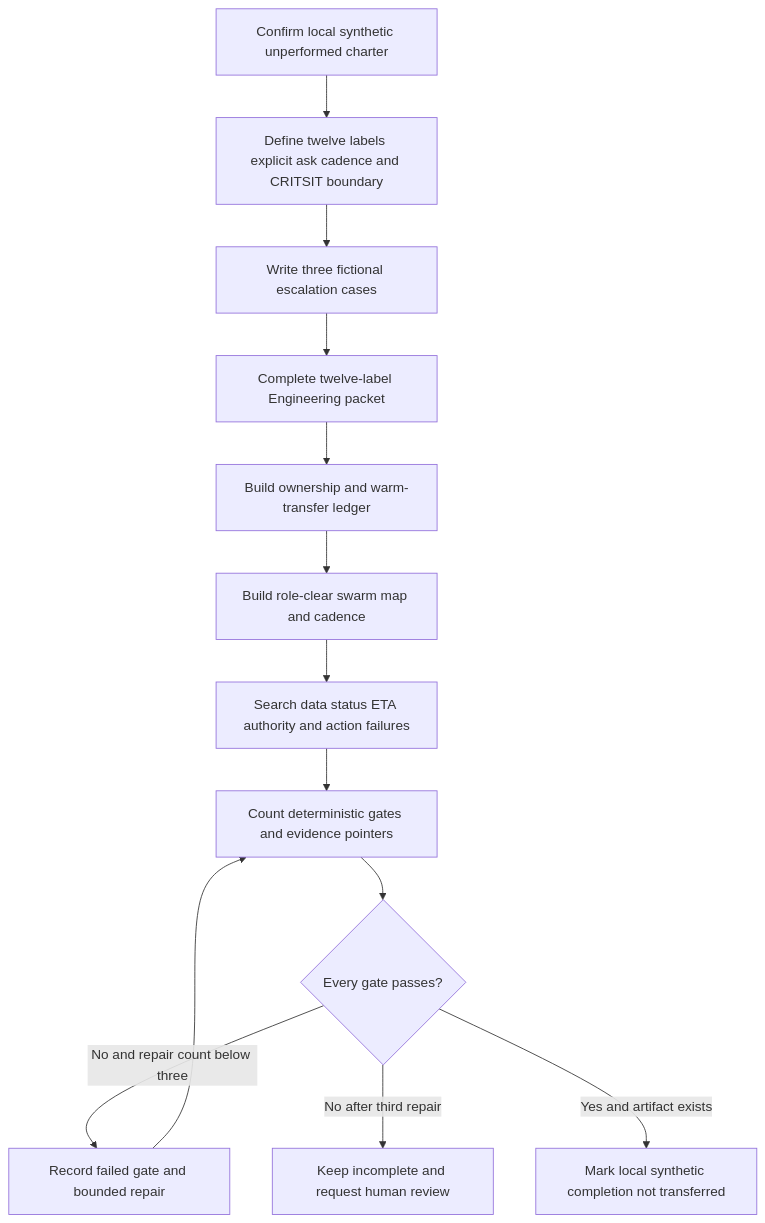
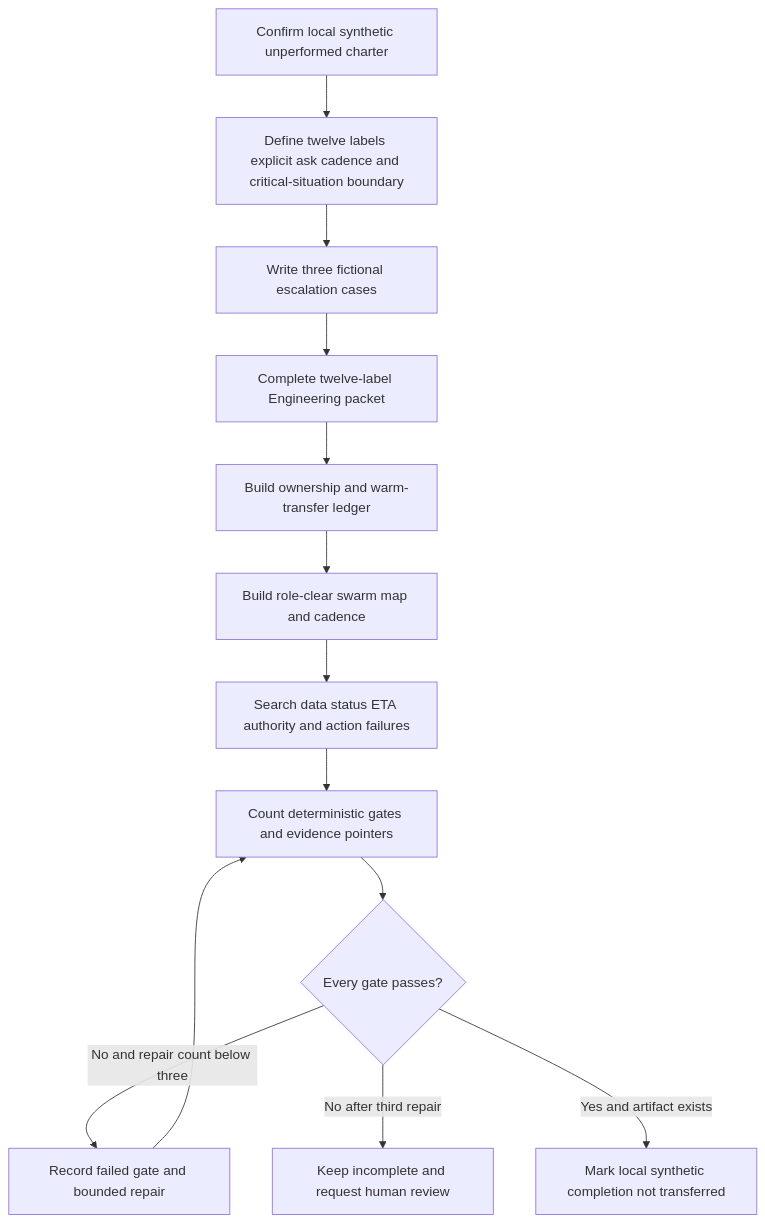
Before and after one commit to hichauhan-in/Interview-Prep: the tenth of 10 diagrams in AbnormalAI TSE/prep/Part-104-escalation-handoffs-swarming-and-critical-incidents.md, drawn with Mermaid. The commit also changed other lines of this file and 493 other files, not shown here.

````diff
--- a/AbnormalAI TSE/prep/Part-104-escalation-handoffs-swarming-and-critical-incidents.md
+++ b/AbnormalAI TSE/prep/Part-104-escalation-handoffs-swarming-and-critical-incidents.md
@@ -838,15 +838,15 @@
 ```mermaid
 flowchart TD
-    Charter["Confirm local synthetic unperformed charter"] --> Define["Define twelve labels explicit ask cadence and CRITSIT boundary"]
+    Charter["Confirm local synthetic unperformed charter"] --> Define["Define twelve labels explicit ask cadence and critical-situation boundary"]
     Define --> Cases["Write three fictional escalation cases"]
     Cases --> Packet["Complete twelve-label Engineering packet"]
     Packet --> Handoff["Build ownership and warm-transfer ledger"]
     Handoff --> Swarm["Build role-clear swarm map and cadence"]
     Swarm --> Safety["Search data status ETA authority and action failures"]
     Safety --> Score["Count deterministic gates and evidence pointers"]
     Score --> Pass{"Every gate passes?"}
     Pass -->|No and repair count below three| Repair["Record failed gate and bounded repair"]
     Repair --> Score
     Pass -->|No after third repair| Incomplete["Keep incomplete and request human review"]
     Pass -->|Yes and artifact exists| Complete["Mark local synthetic completion not transferred"]
 ```
````
